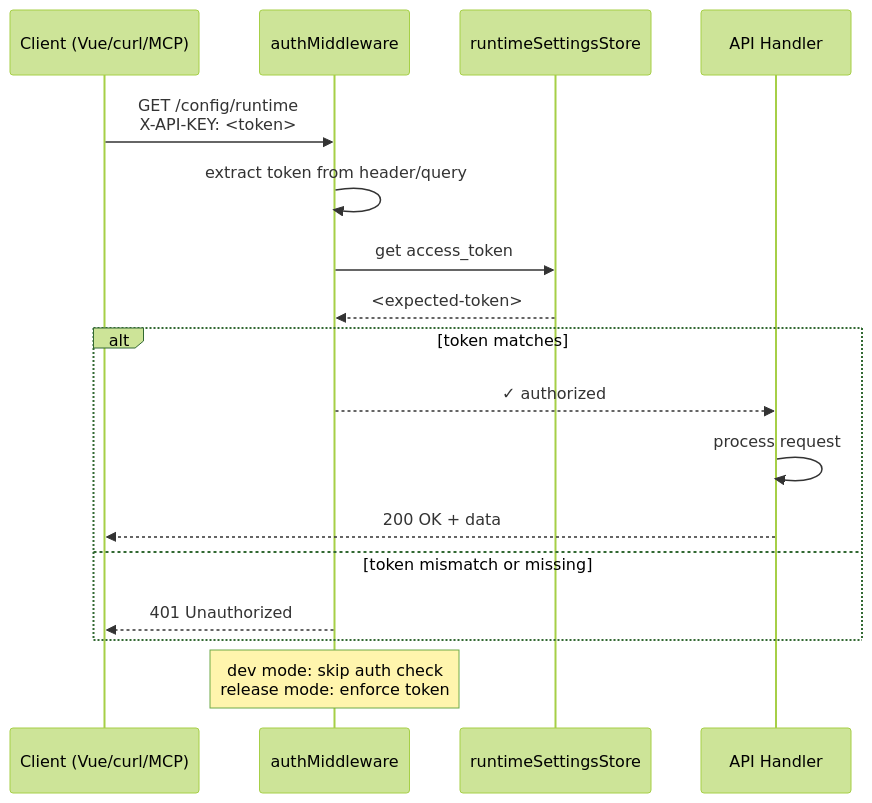
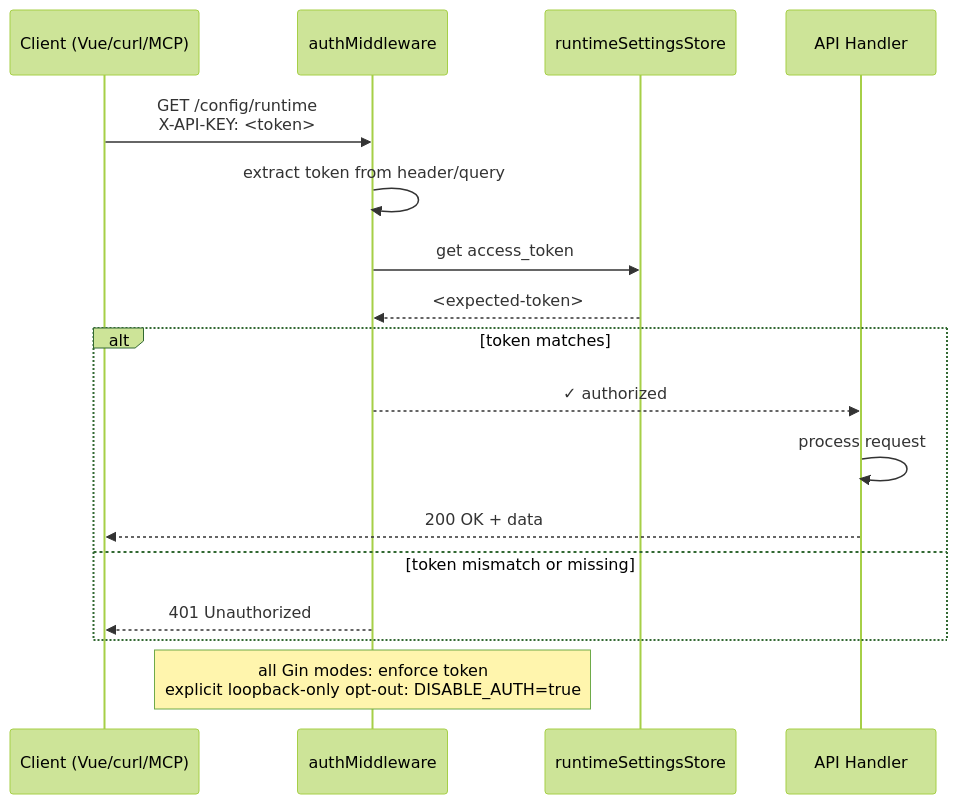
One commit to stevessr/agent-ebpf-filter changed the third of 6 diagrams in docs/security/model.md. Above: the diagram before and after it, drawn with Mermaid (forest theme). The commit also changed other lines of this file and 29 other files, not shown here.

````diff
--- a/docs/security/model.md
+++ b/docs/security/model.md
@@ -114,22 +114,22 @@
 ```mermaid
 sequenceDiagram
     participant Client as Client (Vue/curl/MCP)
     participant Middleware as authMiddleware
     participant Store as runtimeSettingsStore
     participant Handler as API Handler
     
     Client->>Middleware: GET /config/runtime<br/>X-API-KEY: <token>
     Middleware->>Middleware: extract token from header/query
     Middleware->>Store: get access_token
     Store-->>Middleware: <expected-token>
     
     alt token matches
         Middleware-->>Handler: ✓ authorized
         Handler->>Handler: process request
         Handler-->>Client: 200 OK + data
     else token mismatch or missing
         Middleware-->>Client: 401 Unauthorized
     end
     
-    Note over Middleware: dev mode: skip auth check<br/>release mode: enforce token
+    Note over Middleware: all Gin modes: enforce token<br/>explicit loopback-only opt-out: DISABLE_AUTH=true
 ```
````
